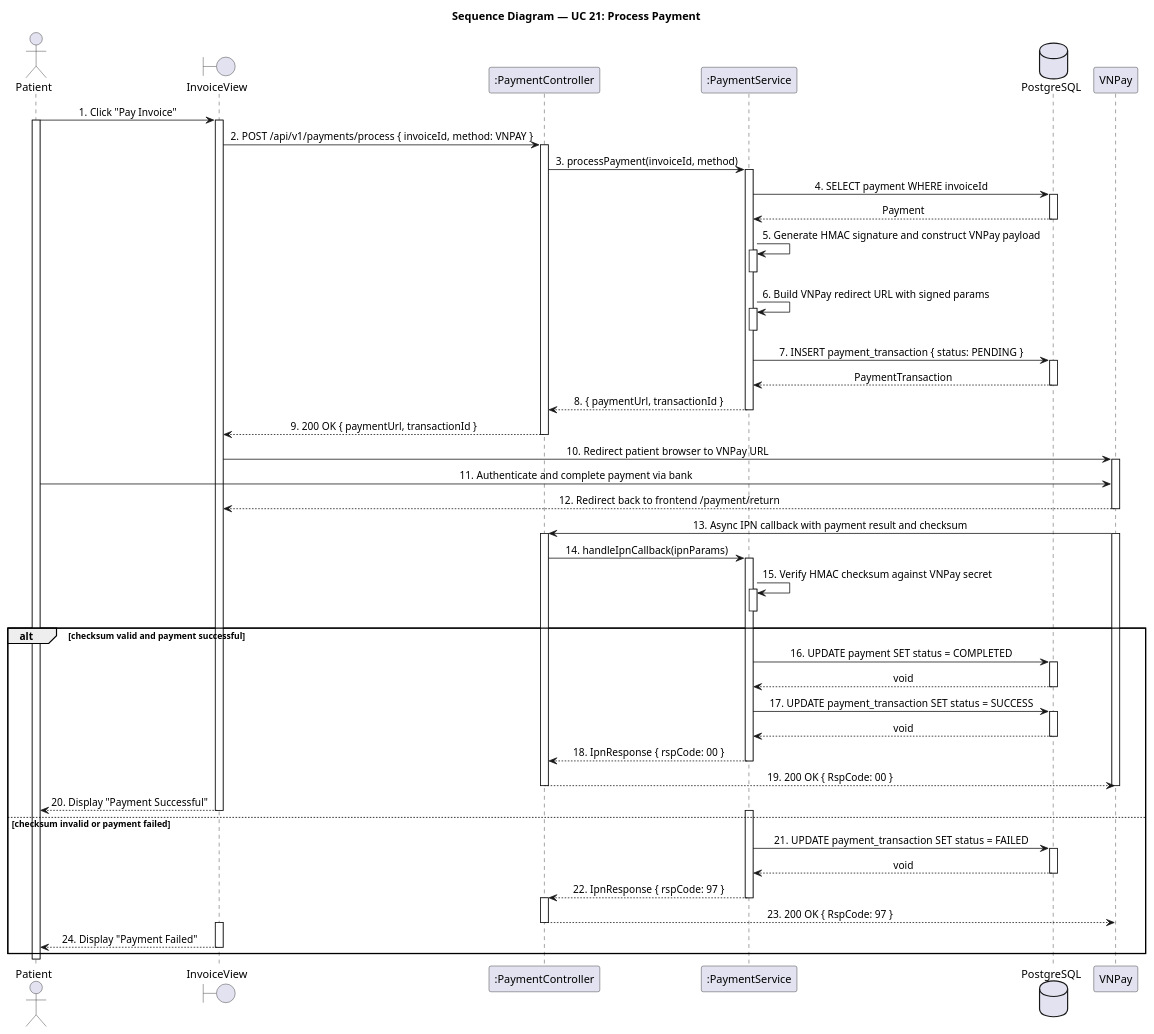
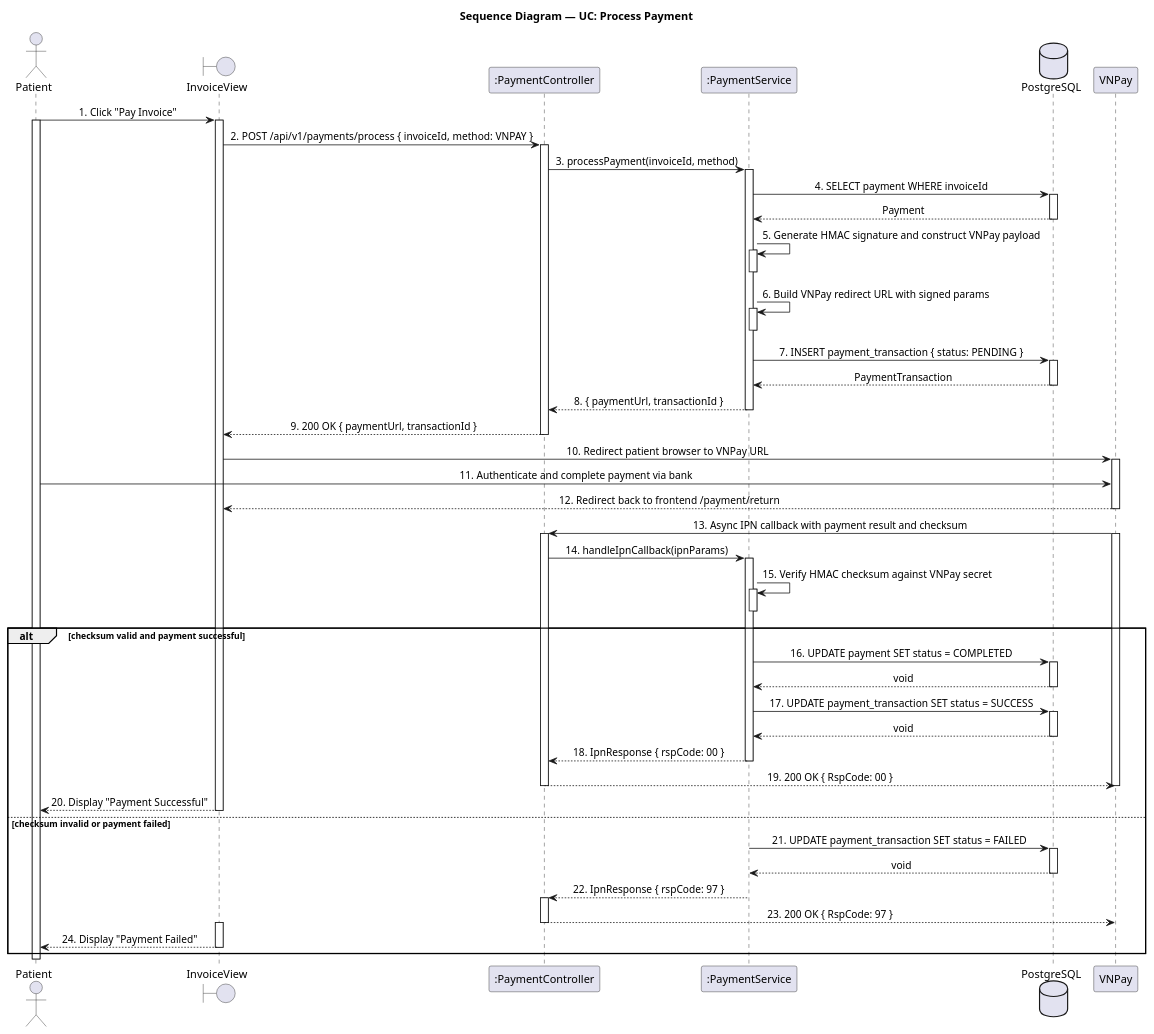
One commit to LTPPPP/Smart-Medical-Intelligent-Ledger-for-E-health-S.M.I.L.E- changed the diagram in docs/sequence-diagram/UC21_ProcessPayment.puml. Above: the diagram before and after it, drawn with PlantUML. The commit also changed 19 other files, not shown here.

```diff
--- a/docs/sequence-diagram/UC21_ProcessPayment.puml
+++ b/docs/sequence-diagram/UC21_ProcessPayment.puml
@@ -1,108 +1,105 @@
 @startuml SequenceDiagram
 skinparam shadowing false
 skinparam sequenceMessageAlign center
 
-title Sequence Diagram — UC 21: Process Payment
+title Sequence Diagram — UC: Process Payment
 
 actor "Patient" as user
 boundary "InvoiceView" as form
 participant ":PaymentController" as ctrl
 participant ":PaymentService" as paySvc
 database "PostgreSQL" as db
 participant "VNPay" as vnpay
 
 user -> form : 1. Click "Pay Invoice"
 activate user
 activate form
 
 form -> ctrl : 2. POST /api/v1/payments/process { invoiceId, method: VNPAY }
 activate ctrl
 
 ctrl -> paySvc : 3. processPayment(invoiceId, method)
 activate paySvc
 
 paySvc -> db : 4. SELECT payment WHERE invoiceId
 activate db
 db --> paySvc : Payment
 deactivate db
 
 paySvc -> paySvc : 5. Generate HMAC signature and construct VNPay payload
 activate paySvc
 deactivate paySvc
 
 paySvc -> paySvc : 6. Build VNPay redirect URL with signed params
 activate paySvc
 deactivate paySvc
 
 paySvc -> db : 7. INSERT payment_transaction { status: PENDING }
 activate db
 db --> paySvc : PaymentTransaction
 deactivate db
 
 paySvc --> ctrl : 8. { paymentUrl, transactionId }
 deactivate paySvc
 
 ctrl --> form : 9. 200 OK { paymentUrl, transactionId }
 deactivate ctrl
 
 form -> vnpay : 10. Redirect patient browser to VNPay URL
 activate vnpay
 
 user -> vnpay : 11. Authenticate and complete payment via bank
 vnpay --> form : 12. Redirect back to frontend /payment/return
 deactivate vnpay
 
 vnpay -> ctrl : 13. Async IPN callback with payment result and checksum
 activate vnpay
 activate ctrl
 
 ctrl -> paySvc : 14. handleIpnCallback(ipnParams)
 activate paySvc
 
 paySvc -> paySvc : 15. Verify HMAC checksum against VNPay secret
 activate paySvc
 deactivate paySvc
-
 alt checksum valid and payment successful
   paySvc -> db : 16. UPDATE payment SET status = COMPLETED
   activate db
   db --> paySvc : void
   deactivate db
 
   paySvc -> db : 17. UPDATE payment_transaction SET status = SUCCESS
   activate db
   db --> paySvc : void
   deactivate db
 
   paySvc --> ctrl : 18. IpnResponse { rspCode: 00 }
   deactivate paySvc
 
   ctrl --> vnpay : 19. 200 OK { RspCode: 00 }
   deactivate ctrl
-
   deactivate vnpay
 
   form --> user : 20. Display "Payment Successful"
   deactivate form
 else checksum invalid or payment failed
-  activate paySvc
   paySvc -> db : 21. UPDATE payment_transaction SET status = FAILED
   activate db
   db --> paySvc : void
   deactivate db
 
   paySvc --> ctrl : 22. IpnResponse { rspCode: 97 }
   deactivate paySvc
-
   activate ctrl
   ctrl --> vnpay : 23. 200 OK { RspCode: 97 }
   deactivate ctrl
+  deactivate vnpay
 
   activate form
   form --> user : 24. Display "Payment Failed"
   deactivate form
 end
 
 deactivate user
 
 @enduml
```
